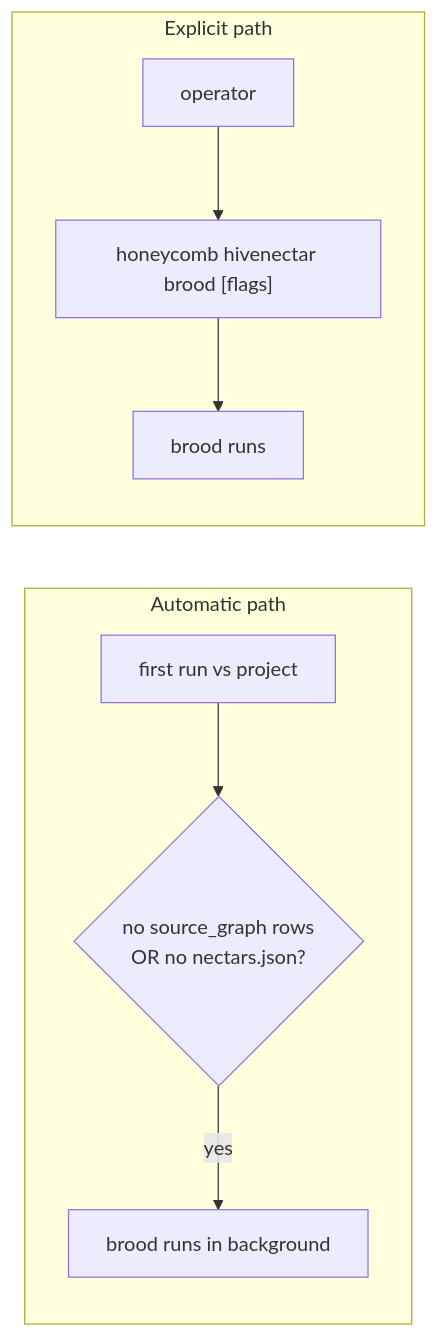
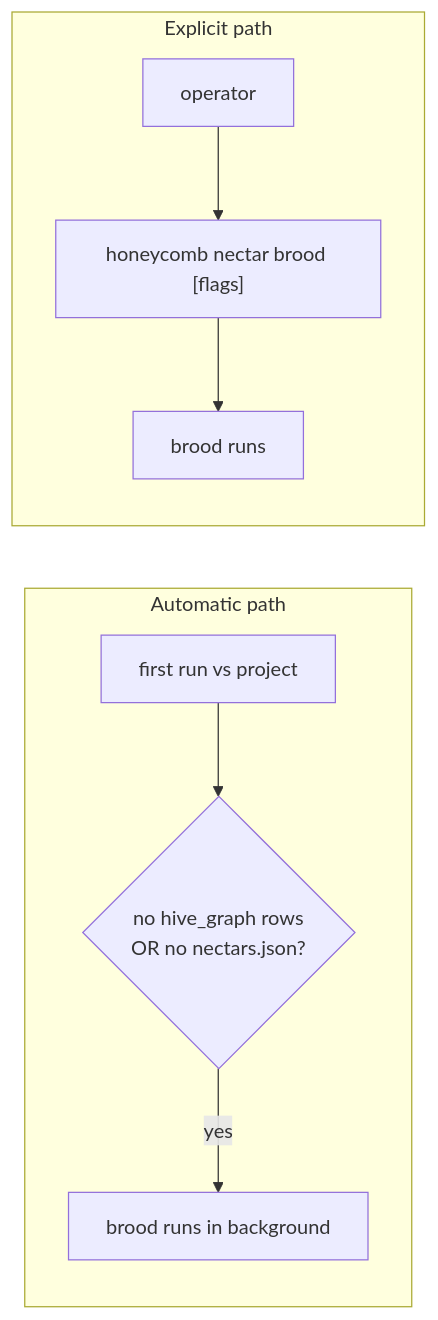
Before and after one commit to legioncodeinc/nectar: the diagram in library/requirements/backlog/prd-007-brooding-process/prd-007d-cli-surface-and-dry-run.md, drawn with Mermaid. The commit also changed other lines of this file and 337 other files, not shown here.

````diff
--- a/library/requirements/backlog/prd-007-brooding-process/prd-007d-cli-surface-and-dry-run.md
+++ b/library/requirements/backlog/prd-007-brooding-process/prd-007d-cli-surface-and-dry-run.md
@@ -34,11 +34,11 @@
 ```mermaid
 flowchart LR
     subgraph auto["Automatic path"]
-        first["first run vs project"] --> norows{"no source_graph rows<br/>OR no nectars.json?"}
+        first["first run vs project"] --> norows{"no hive_graph rows<br/>OR no nectars.json?"}
         norows -->|yes| autobrood["brood runs in background"]
     end
     subgraph explicit["Explicit path"]
-        op["operator"] --> cmd["honeycomb hivenectar brood [flags]"]
+        op["operator"] --> cmd["honeycomb nectar brood [flags]"]
         cmd --> explicitbrood["brood runs"]
     end
 ```
````
